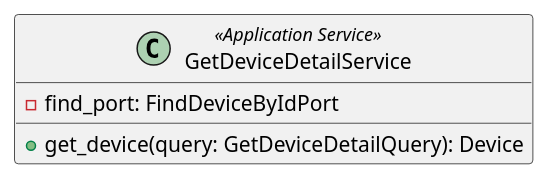
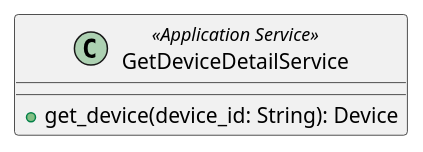
Before and after one commit to GroupRubberDuck/Documentazione: the diagram in src/PB/DocumentazioneEsterna/Specifica_Tecnica/content/uml/puml/Diagrammi_classi/Backend/ApplicationServices/GetDeviceDetailService.puml, drawn with PlantUML. The commit also changed 74 other files, not shown here.

Commit message:
Feat: applicate correzioni a tutti i diagrammi con le indicazioni di Cardin, riordino cartella

```diff
--- a/src/PB/DocumentazioneEsterna/Specifica_Tecnica/content/uml/puml/Diagrammi_classi/Backend/ApplicationServices/GetDeviceDetailService.puml
+++ b/src/PB/DocumentazioneEsterna/Specifica_Tecnica/content/uml/puml/Diagrammi_classi/Backend/ApplicationServices/GetDeviceDetailService.puml
@@ -1,9 +1,7 @@
 @startuml GetDeviceDetailService
 
 class GetDeviceDetailService <<Application Service>> {
-    - find_port: FindDeviceByIdPort
-
-    + get_device(query: GetDeviceDetailQuery): Device
+    + get_device(device_id: String): Device
 }
 
 @enduml
```
